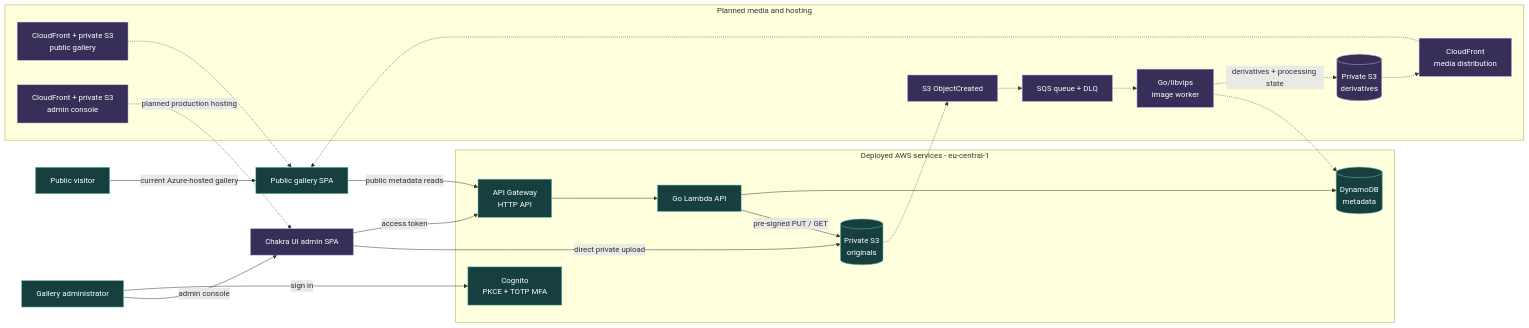
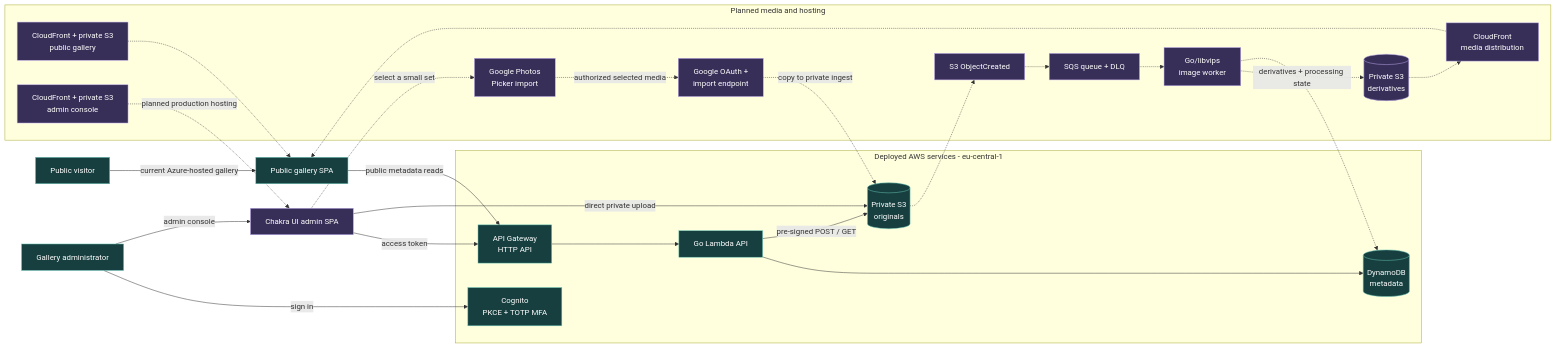
One commit to DmytroPI-dev/photo-portfolio changed the diagram in README.md. Above: the diagram before and after it, drawn with Mermaid. The commit also changed other lines of this file and 20 other files, not shown here.

Commit message:
feat(media): add SQS-backed libvips image processing worker

````diff
--- a/README.md
+++ b/README.md
@@ -41,48 +44,53 @@
 ```mermaid
 flowchart LR
   visitor[Public visitor]
   admin[Gallery administrator]
 
   subgraph current[Deployed AWS services - eu-central-1]
     cognito[Cognito<br/>PKCE + TOTP MFA]
     api[API Gateway<br/>HTTP API]
     lambda[Go Lambda API]
     metadata[(DynamoDB<br/>metadata)]
     originals[(Private S3<br/>originals)]
   end
 
   subgraph planned[Planned media and hosting]
     uploads[S3 ObjectCreated]
     queue[SQS queue + DLQ]
     worker[Go/libvips<br/>image worker]
+    google[Google Photos<br/>Picker import]
+    importer[Google OAuth +<br/>import endpoint]
     derivatives[(Private S3<br/>derivatives)]
     media[CloudFront<br/>media distribution]
     galleryHost[CloudFront + private S3<br/>public gallery]
     adminHost[CloudFront + private S3<br/>admin console]
   end
 
   visitor -->|current Azure-hosted gallery| gallery[Public gallery SPA]
   gallery -->|public metadata reads| api
   admin -->|sign in| cognito
   admin -->|admin console| adminApp[Chakra UI admin SPA]
   adminHost -.->|planned production hosting| adminApp
   adminApp -->|access token| api
   api --> lambda
   lambda --> metadata
-  lambda -->|pre-signed PUT / GET| originals
+  lambda -->|pre-signed POST / GET| originals
   adminApp -->|direct private upload| originals
+  adminApp -.->|select a small set| google
+  google -.->|authorized selected media| importer
+  importer -.->|copy to private ingest| originals
 
   originals -.-> uploads
   uploads -.-> queue
   queue -.-> worker
   worker -.->|derivatives + processing state| derivatives
   worker -.-> metadata
   derivatives -.-> media
   media -.-> gallery
   galleryHost -.-> gallery
 
   classDef deployed fill:#173f3f,stroke:#67c6b8,color:#ffffff;
   classDef planned fill:#382f58,stroke:#bba8ec,color:#ffffff;
   class visitor,admin,gallery,cognito,api,lambda,metadata,originals deployed;
-  class uploads,queue,worker,derivatives,media,galleryHost,adminHost,adminApp planned;
+  class uploads,queue,worker,derivatives,media,galleryHost,adminHost,adminApp,google,importer planned;
 ```
````
